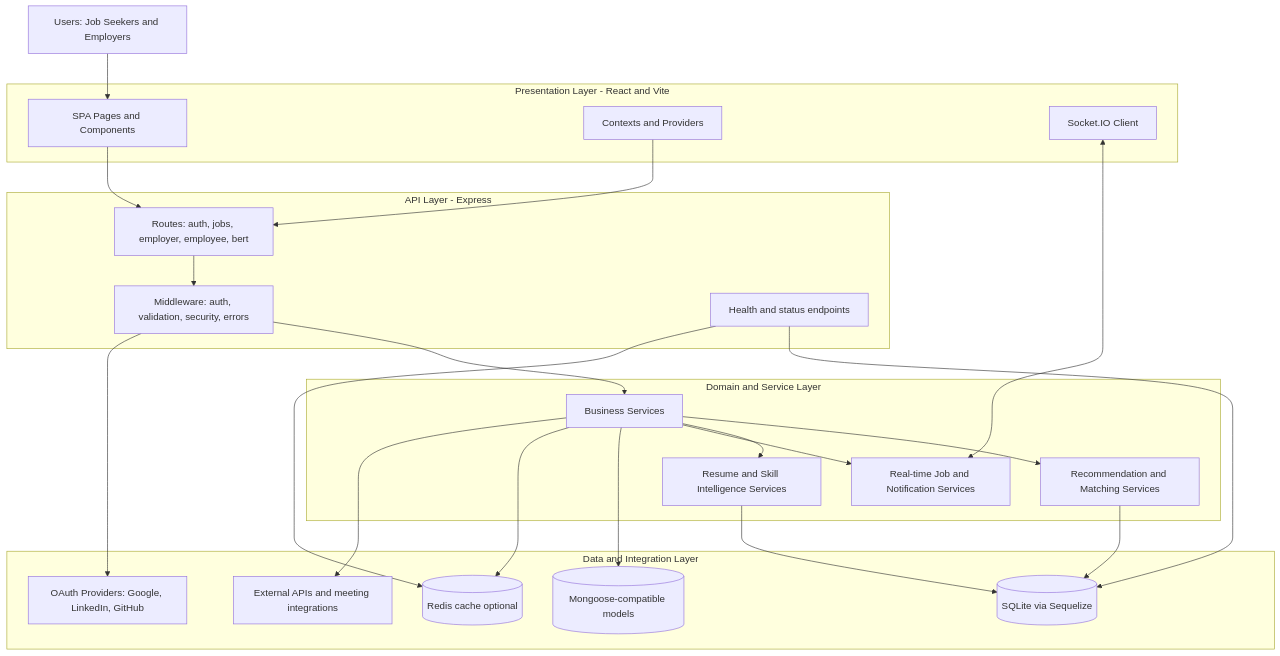
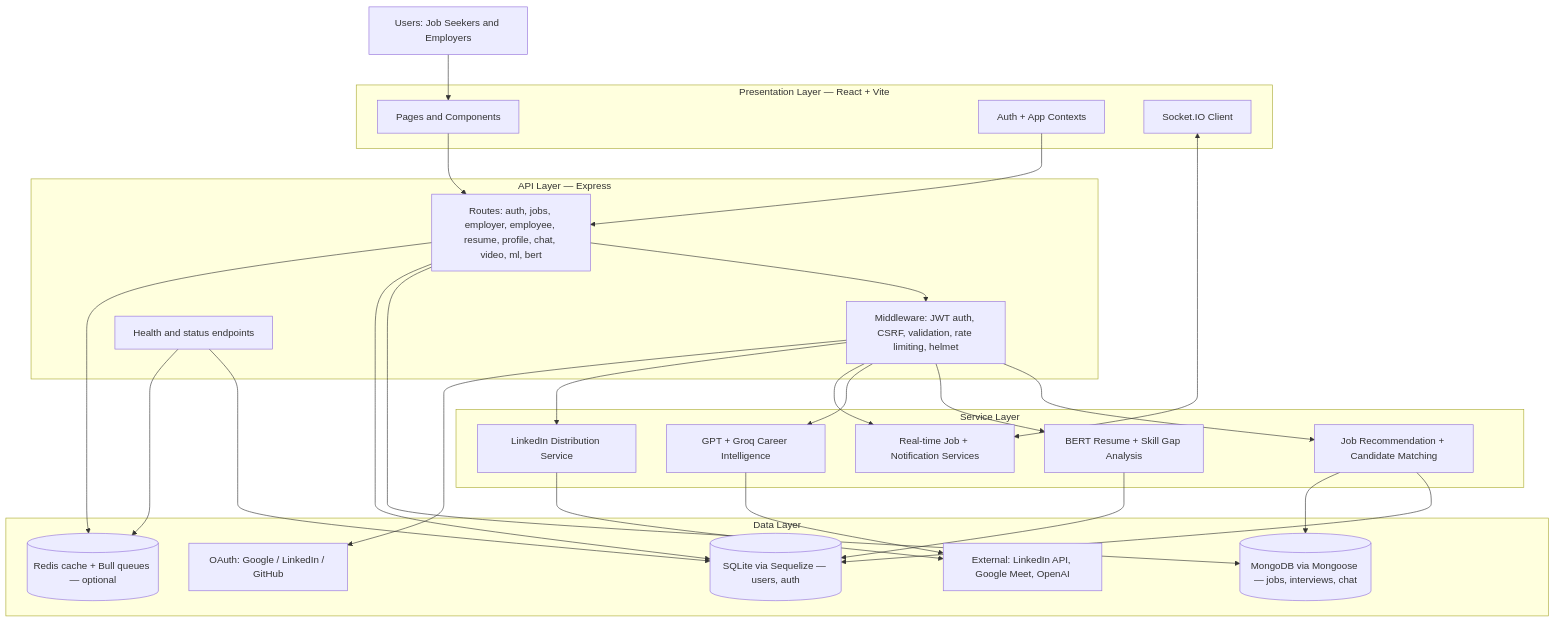
One commit to BugHunterX2101/careerconnect-ai changed the diagram in README.md. Above: the diagram before and after it, drawn with Mermaid. The commit also changed other lines of this file, not shown here.

First line of the commit message:
docs: rewrite README with full feature list, API reference, and env guide

````diff
--- a/README.md
+++ b/README.md
@@ -23,52 +70,57 @@
 ```mermaid
 flowchart TD
     U[Users: Job Seekers and Employers]
 
-    subgraph FE[Presentation Layer - React and Vite]
-        SPA[SPA Pages and Components]
-        CTX[Contexts and Providers]
+    subgraph FE[Presentation Layer — React + Vite]
+        SPA[Pages and Components]
+        CTX[Auth + App Contexts]
         WS[Socket.IO Client]
     end
 
-    subgraph API[API Layer - Express]
-        RT[Routes: auth, jobs, employer, employee, bert]
-        MW[Middleware: auth, validation, security, errors]
+    subgraph API[API Layer — Express]
+        RT[Routes: auth, jobs, employer, employee, resume, profile, chat, video, ml, bert]
+        MW[Middleware: JWT auth, CSRF, validation, rate limiting, helmet]
         HC[Health and status endpoints]
     end
 
-    subgraph SRV[Domain and Service Layer]
-        BS[Business Services]
-        REC[Recommendation and Matching Services]
-        NLP[Resume and Skill Intelligence Services]
-        REAL[Real-time Job and Notification Services]
+    subgraph SRV[Service Layer]
+        REC[Job Recommendation + Candidate Matching]
+        NLP[BERT Resume + Skill Gap Analysis]
+        AI[GPT + Groq Career Intelligence]
+        RT2[Real-time Job + Notification Services]
+        LI[LinkedIn Distribution Service]
     end
 
-    subgraph DATA[Data and Integration Layer]
-        SQL[(SQLite via Sequelize)]
-        DOC[(Mongoose-compatible models)]
-        REDIS[(Redis cache optional)]
-        OAUTH[OAuth Providers: Google, LinkedIn, GitHub]
-        EXT[External APIs and meeting integrations]
+    subgraph DATA[Data Layer]
+        SQL[(SQLite via Sequelize — users, auth)]
+        DOC[(MongoDB via Mongoose — jobs, interviews, chat)]
+        REDIS[(Redis cache + Bull queues — optional)]
+        OAUTH[OAuth: Google / LinkedIn / GitHub]
+        EXT[External: LinkedIn API, Google Meet, OpenAI]
     end
 
     U --> SPA
     SPA --> RT
     CTX --> RT
-    WS <--> REAL
+    WS <--> RT2
 
     RT --> MW
-    MW --> BS
-    BS --> REC
-    BS --> NLP
-    BS --> REAL
+    MW --> REC
+    MW --> NLP
+    MW --> AI
+    MW --> RT2
+    MW --> LI
 
     REC --> SQL
+    REC --> DOC
     NLP --> SQL
-    BS --> DOC
-    BS --> REDIS
+    AI --> EXT
+    LI --> EXT
     MW --> OAUTH
-    BS --> EXT
+    RT --> DOC
+    RT --> SQL
+    RT --> REDIS
 
     HC --> SQL
     HC --> REDIS
 ```
````
